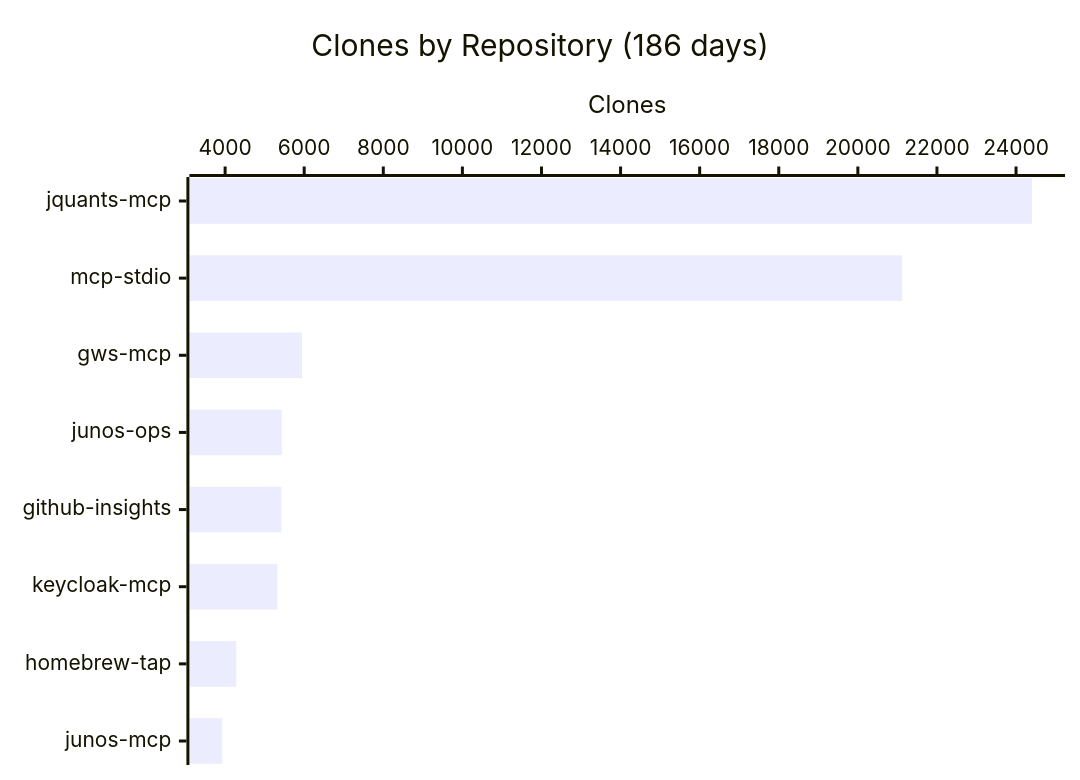
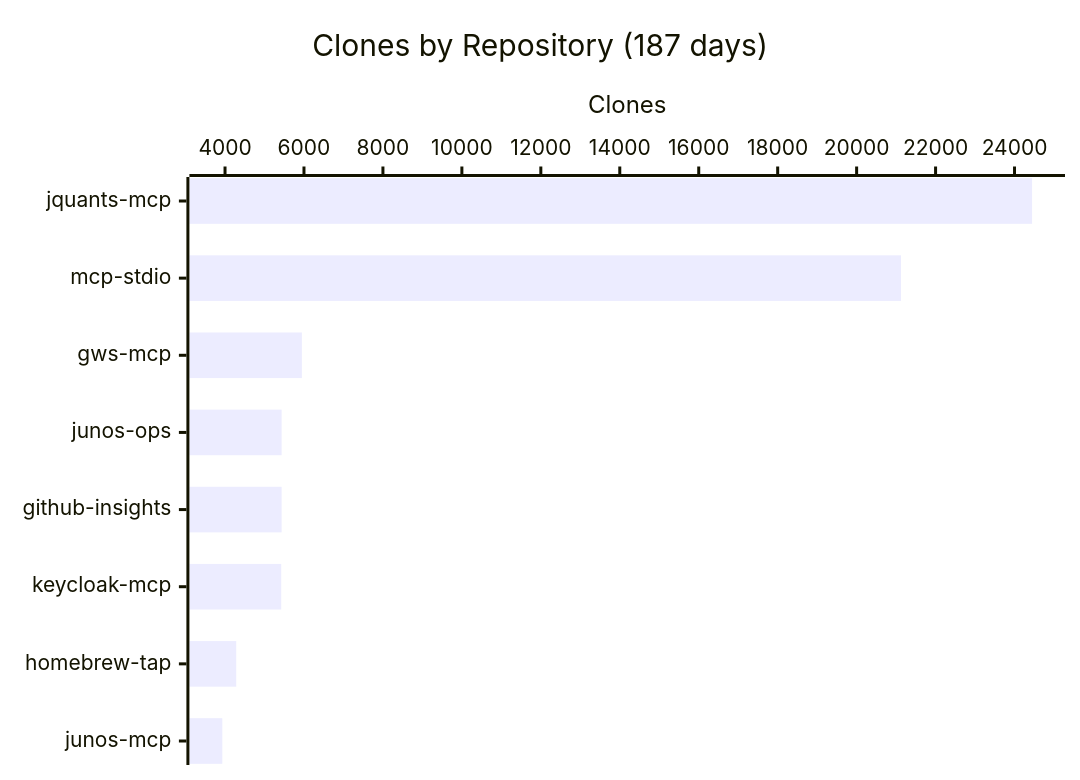
Before and after one commit to shigechika/github-insights: the fourth of 4 diagrams in README.md, drawn with Mermaid. The commit also changed other lines of this file and 2 other files, not shown here.

````diff
--- a/README.md
+++ b/README.md
@@ -58,7 +58,7 @@
 ```mermaid
 xychart-beta horizontal
-    title "Clones by Repository (186 days)"
+    title "Clones by Repository (187 days)"
     x-axis ["jquants-mcp", "mcp-stdio", "gws-mcp", "junos-ops", "github-insights", "keycloak-mcp", "homebrew-tap", "junos-mcp"]
     y-axis "Clones"
-    bar [24406, 21124, 5943, 5432, 5422, 5321, 4283, 3929]
+    bar [24445, 21125, 5947, 5434, 5433, 5423, 4284, 3931]
 ```
````
